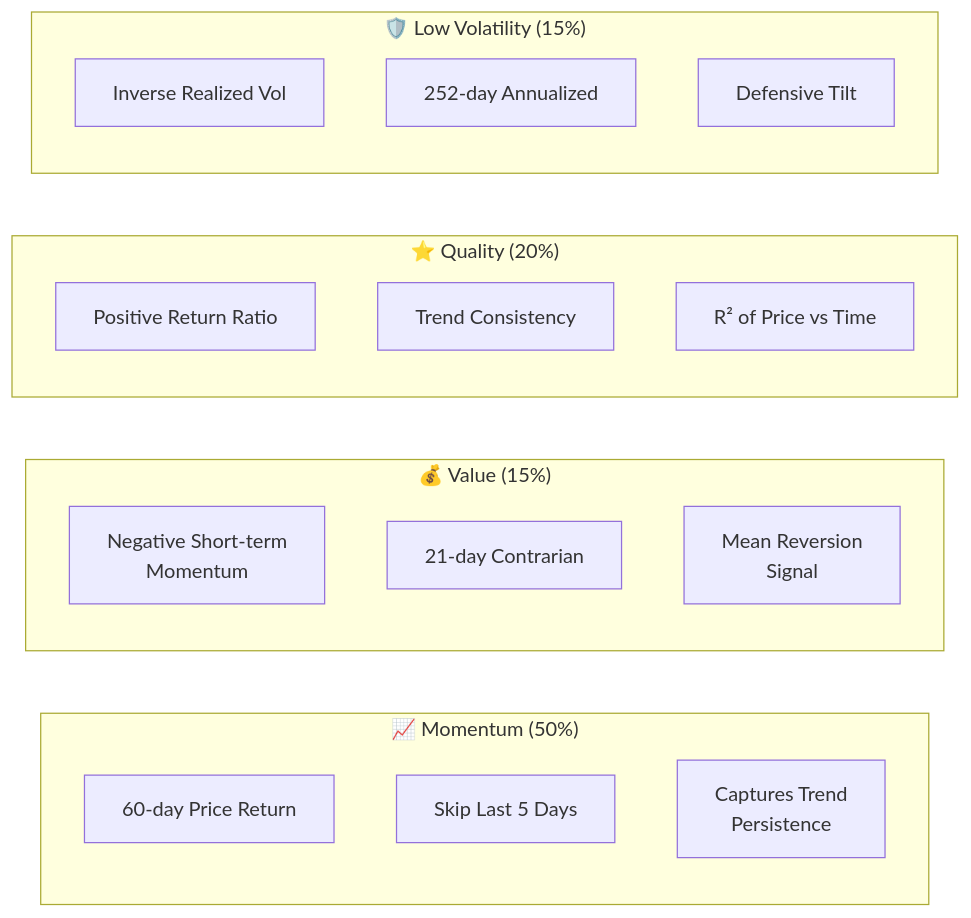
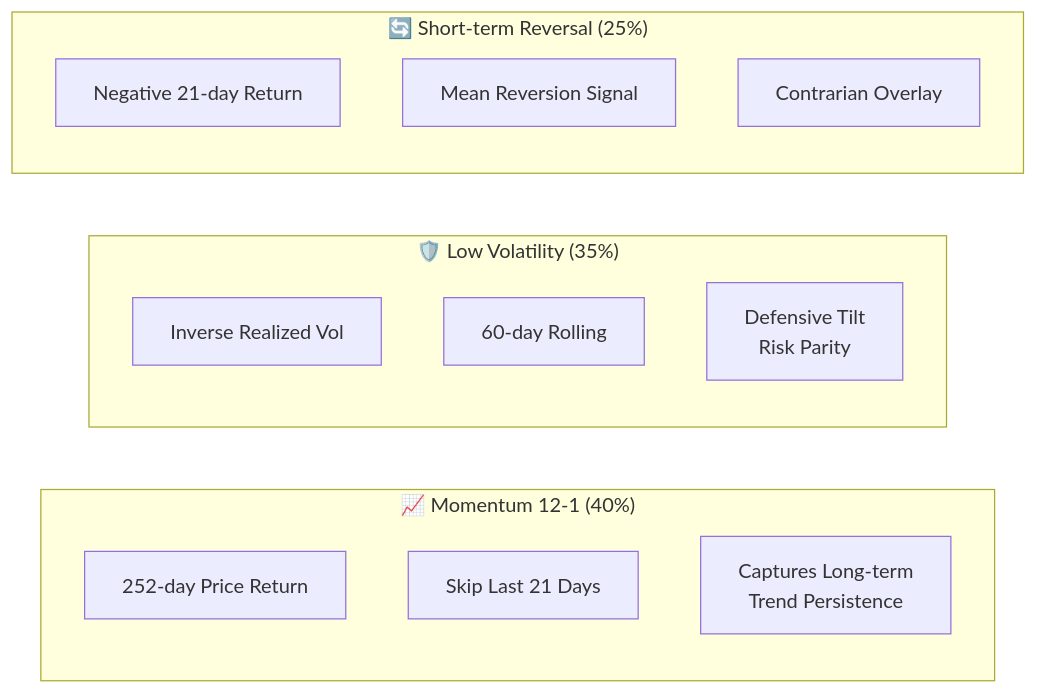
Before and after one commit to blackms/FinRL-Adaptive: the second of 18 diagrams in docs/adaptive_hedge_fund_strategy.md, drawn with Mermaid. The commit also changed other lines of this file and 3 other files, not shown here.

````diff
--- a/docs/adaptive_hedge_fund_strategy.md
+++ b/docs/adaptive_hedge_fund_strategy.md
@@ -70,26 +75,20 @@
 ```mermaid
 flowchart LR
-    subgraph Momentum["📈 Momentum (50%)"]
-        M1[60-day Price Return]
-        M2[Skip Last 5 Days]
-        M3[Captures Trend<br/>Persistence]
+    subgraph Momentum["📈 Momentum 12-1 (40%)"]
+        M1[252-day Price Return]
+        M2[Skip Last 21 Days]
+        M3[Captures Long-term<br/>Trend Persistence]
     end
 
-    subgraph Value["💰 Value (15%)"]
-        V1[Negative Short-term<br/>Momentum]
-        V2[21-day Contrarian]
-        V3[Mean Reversion<br/>Signal]
+    subgraph LowVol["🛡️ Low Volatility (35%)"]
+        L1[Inverse Realized Vol]
+        L2[60-day Rolling]
+        L3[Defensive Tilt<br/>Risk Parity]
     end
 
-    subgraph Quality["⭐ Quality (20%)"]
-        Q1[Positive Return Ratio]
-        Q2[Trend Consistency]
-        Q3[R² of Price vs Time]
-    end
-
-    subgraph LowVol["🛡️ Low Volatility (15%)"]
-        L1[Inverse Realized Vol]
-        L2[252-day Annualized]
-        L3[Defensive Tilt]
+    subgraph Reversal["🔄 Short-term Reversal (25%)"]
+        R1[Negative 21-day Return]
+        R2[Mean Reversion Signal]
+        R3[Contrarian Overlay]
     end
 ```
````
